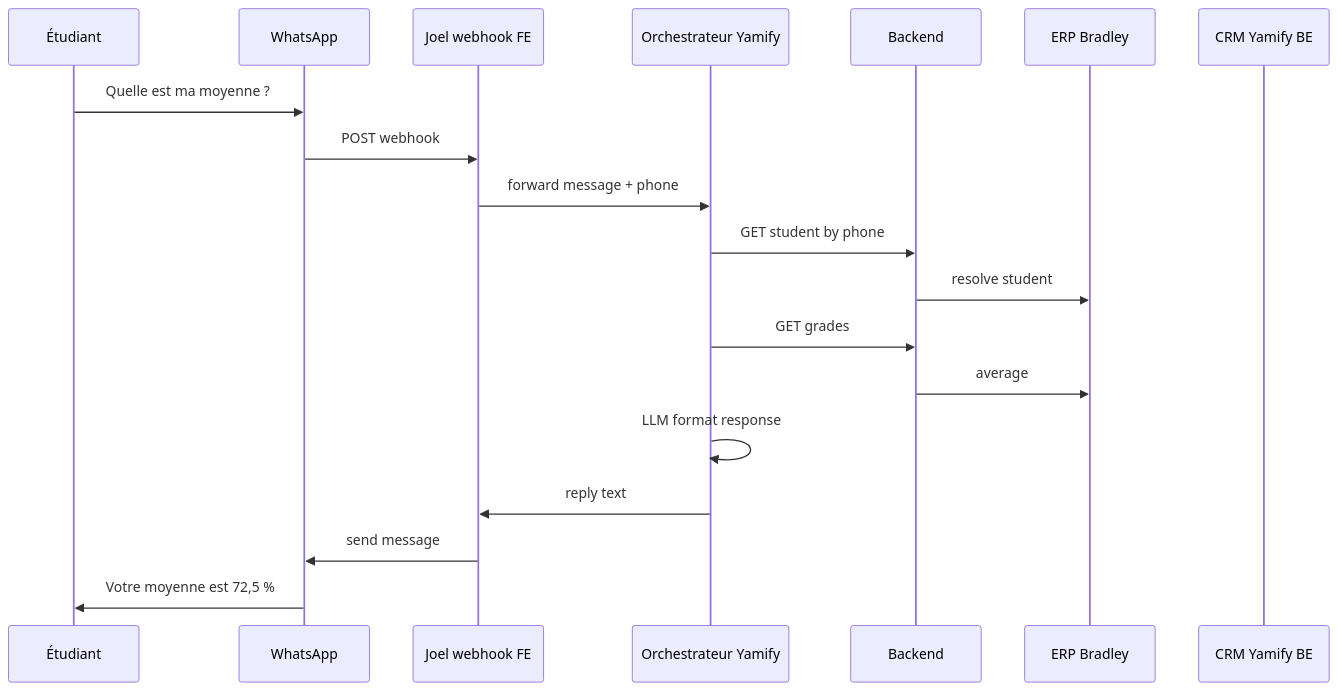
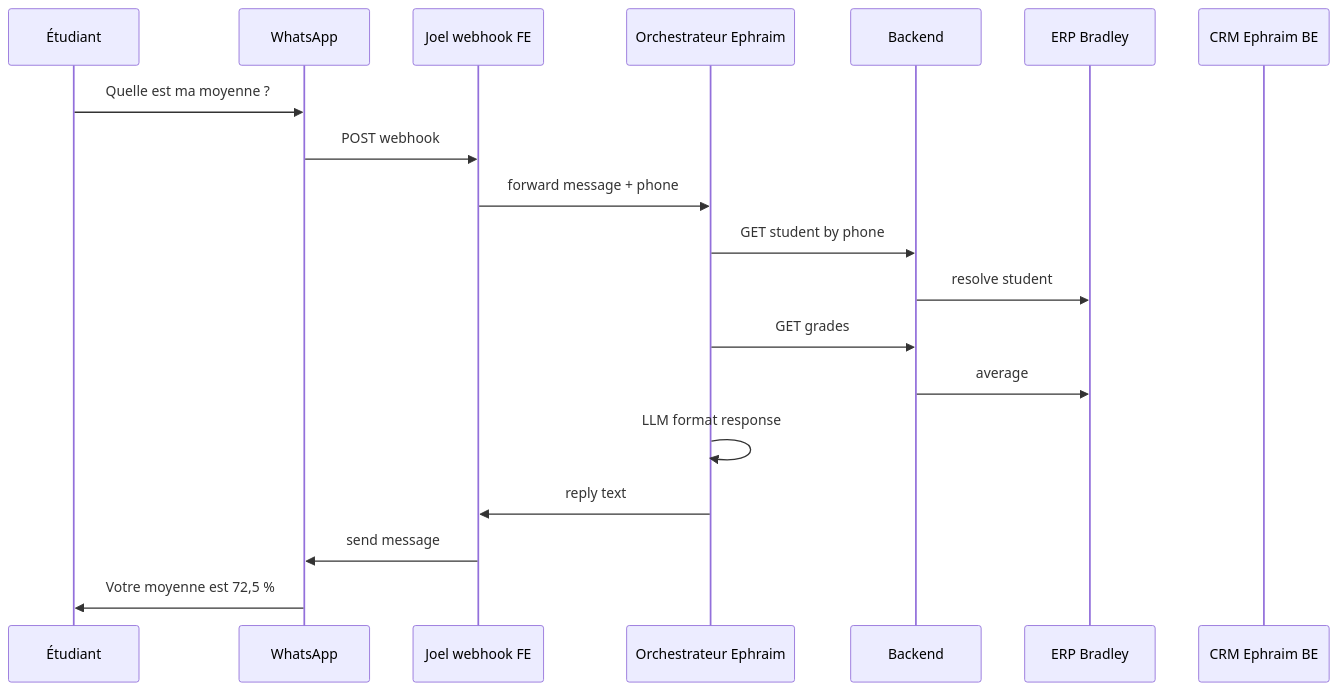
Before and after one commit to Chemi09/SmartCampus-Agent: the third of 3 diagrams in docs/PLAN-CONCEPTION.md, drawn with Mermaid. The commit also changed other lines of this file and 151 other files, not shown here.

````diff
--- a/docs/PLAN-CONCEPTION.md
+++ b/docs/PLAN-CONCEPTION.md
@@ -483,22 +483,22 @@
 ```mermaid
 sequenceDiagram
   participant E as Étudiant
   participant W as WhatsApp
   participant J as Joel webhook FE
-  participant Y as Orchestrateur Yamify
+  participant Y as Orchestrateur Ephraim
   participant API as Backend
   participant ERP as ERP Bradley
-  participant CRM as CRM Yamify BE
+  participant CRM as CRM Ephraim BE
 
   E->>W: Quelle est ma moyenne ?
   W->>J: POST webhook
   J->>Y: forward message + phone
   Y->>API: GET student by phone
   API->>ERP: resolve student
   Y->>API: GET grades
   API->>ERP: average
   Y->>Y: LLM format response
   Y->>J: reply text
   J->>W: send message
   W->>E: Votre moyenne est 72,5 %
 ```
````
